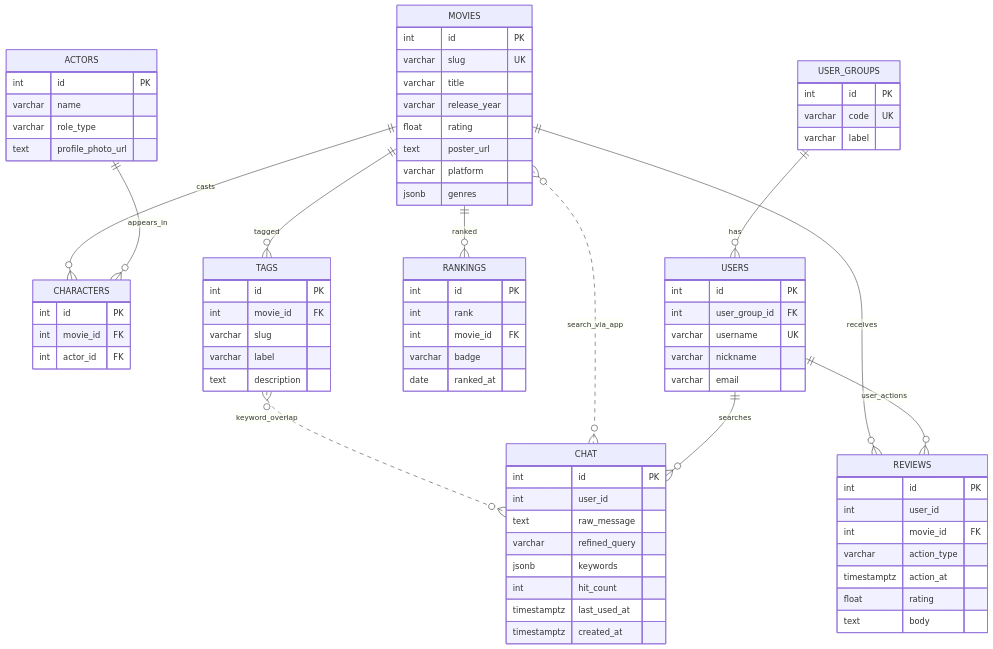
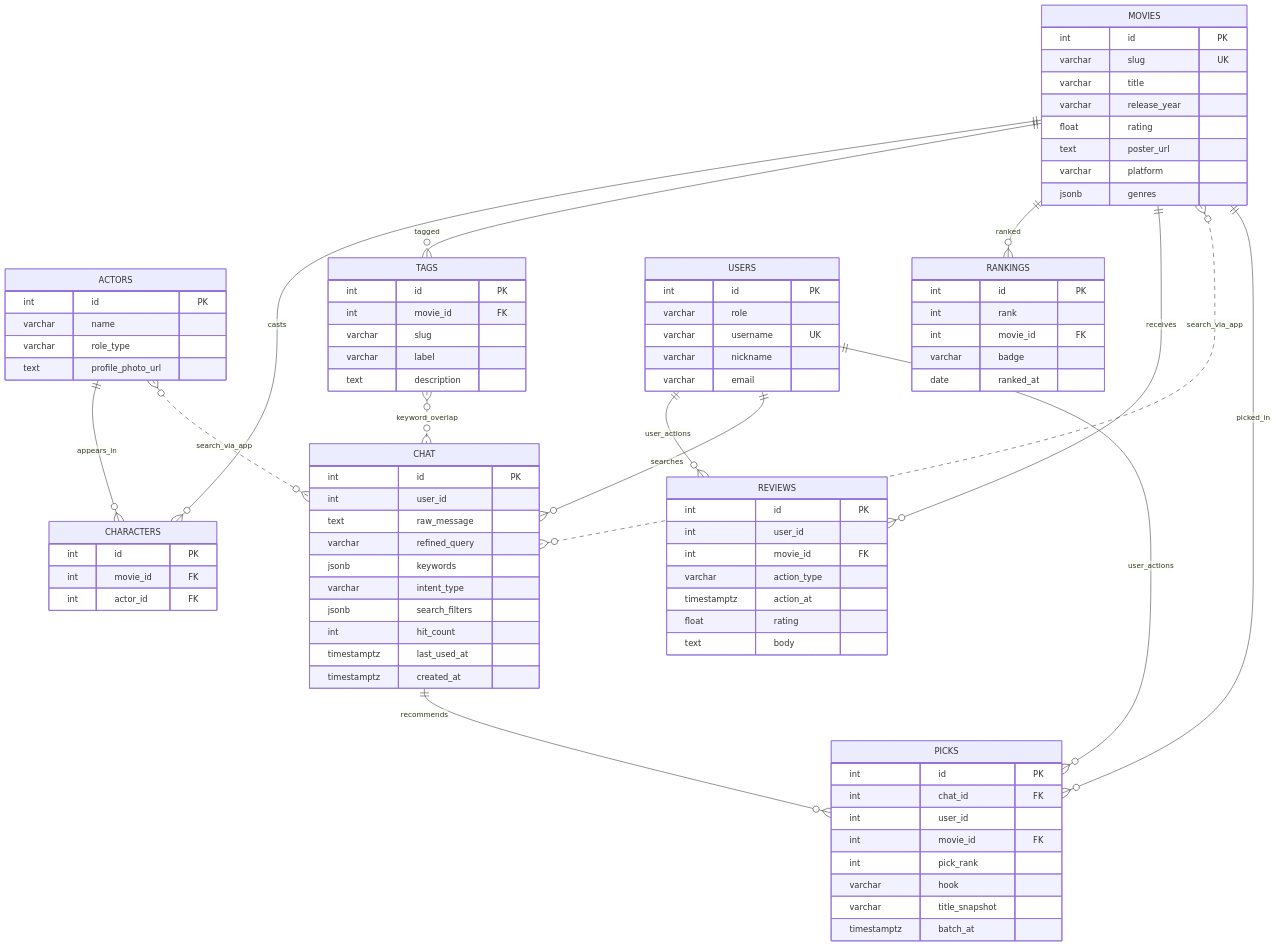
The diagram in DevOps/Backend/MOVA_ERD.md (suvisdev/cloud.suvisdev.docs), drawn with Mermaid before and after one commit. The commit also changed other lines of this file and 4 other files, not shown here.

````diff
--- a/DevOps/Backend/MOVA_ERD.md
+++ b/DevOps/Backend/MOVA_ERD.md
@@ -18,4 +18,10 @@
 ```mermaid
+---
+config:
+  er:
+    diagramPadding: 56
+    layoutDirection: TB
+---
 erDiagram
     MOVIES ||--o{ CHARACTERS : casts
     ACTORS ||--o{ CHARACTERS : appears_in
@@ -25,10 +31,13 @@
 
     TAGS }o..o{ CHAT : keyword_overlap
     MOVIES }o..o{ CHAT : search_via_app
+    ACTORS }o..o{ CHAT : search_via_app
 
-    USER_GROUPS ||--o{ USERS : has
+    CHAT ||--o{ PICKS : recommends
+    MOVIES ||--o{ PICKS : picked_in
     USERS ||--o{ REVIEWS : user_actions
     USERS ||--o{ CHAT : searches
+    USERS ||--o{ PICKS : user_actions
 
     MOVIES {
         int id PK
@@ -76,6 +85,8 @@
         text raw_message
         varchar refined_query
         jsonb keywords
+        varchar intent_type
+        jsonb search_filters
         int hit_count
         timestamptz last_used_at
         timestamptz created_at
@@ -91,15 +102,20 @@
         text body
     }
 
-    USER_GROUPS {
+    PICKS {
         int id PK
-        varchar code UK
-        varchar label
+        int chat_id FK
+        int user_id
+        int movie_id FK
+        int pick_rank
+        varchar hook
+        varchar title_snapshot
+        timestamptz batch_at
     }
 
     USERS {
         int id PK
-        int user_group_id FK
+        varchar role
         varchar username UK
         varchar nickname
         varchar email
````
